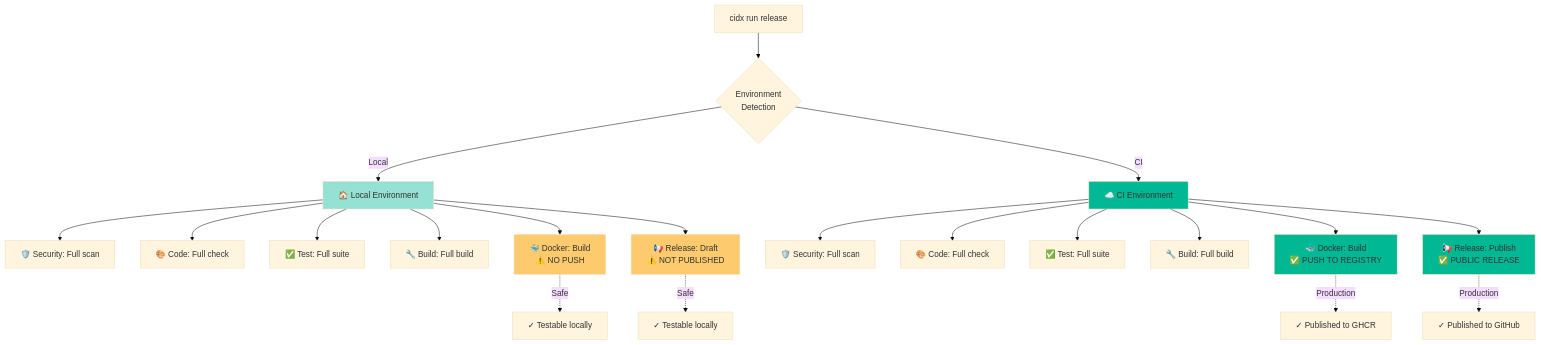
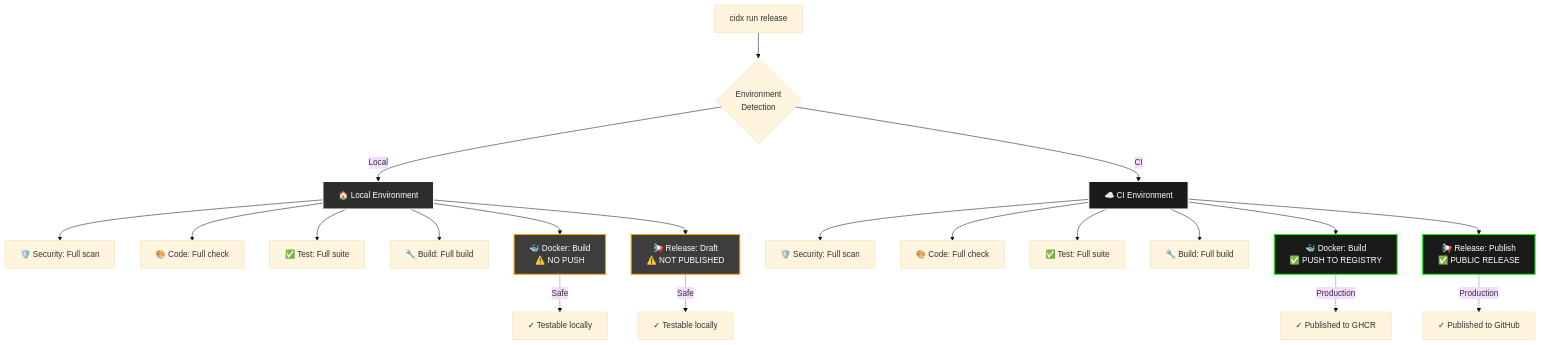
The third of 6 diagrams in docs/devops-integration.md (cidx-org/cidx), drawn with Mermaid (base theme) before and after one commit. The commit also changed other lines of this file and 20 other files, not shown here.

````diff
--- a/docs/devops-integration.md
+++ b/docs/devops-integration.md
@@ -80,36 +147,36 @@
 ```mermaid
 flowchart TB
     CMD[cidx run release]
-    DETECT{Environment\nDetection}
+    DETECT{"Environment<br/>Detection"}
 
     CMD --> DETECT
 
     DETECT -->|Local| LOCAL_MODE[🏠 Local Environment]
     DETECT -->|CI| CI_MODE[☁️ CI Environment]
 
-    LOCAL_MODE --> SEC_LOCAL[🛡️ Security: Full scan]
-    LOCAL_MODE --> CODE_LOCAL[🎨 Code: Full check]
-    LOCAL_MODE --> TEST_LOCAL[✅ Test: Full suite]
-    LOCAL_MODE --> BUILD_LOCAL[🔧 Build: Full build]
-    LOCAL_MODE --> DOCKER_LOCAL[🐳 Docker: Build\n⚠️ NO PUSH]
-    LOCAL_MODE --> RELEASE_LOCAL[📢 Release: Draft\n⚠️ NOT PUBLISHED]
+    LOCAL_MODE --> SEC_LOCAL["🛡️ Security: Full scan"]
+    LOCAL_MODE --> CODE_LOCAL["🎨 Code: Full check"]
+    LOCAL_MODE --> TEST_LOCAL["✅ Test: Full suite"]
+    LOCAL_MODE --> BUILD_LOCAL["🔧 Build: Full build"]
+    LOCAL_MODE --> DOCKER_LOCAL["🐳 Docker: Build<br/>⚠️ NO PUSH"]
+    LOCAL_MODE --> RELEASE_LOCAL["📢 Release: Draft<br/>⚠️ NOT PUBLISHED"]
 
-    CI_MODE --> SEC_CI[🛡️ Security: Full scan]
-    CI_MODE --> CODE_CI[🎨 Code: Full check]
-    CI_MODE --> TEST_CI[✅ Test: Full suite]
-    CI_MODE --> BUILD_CI[🔧 Build: Full build]
-    CI_MODE --> DOCKER_CI[🐳 Docker: Build\n✅ PUSH TO REGISTRY]
-    CI_MODE --> RELEASE_CI[📢 Release: Publish\n✅ PUBLIC RELEASE]
+    CI_MODE --> SEC_CI["🛡️ Security: Full scan"]
+    CI_MODE --> CODE_CI["🎨 Code: Full check"]
+    CI_MODE --> TEST_CI["✅ Test: Full suite"]
+    CI_MODE --> BUILD_CI["🔧 Build: Full build"]
+    CI_MODE --> DOCKER_CI["🐳 Docker: Build<br/>✅ PUSH TO REGISTRY"]
+    CI_MODE --> RELEASE_CI["📢 Release: Publish<br/>✅ PUBLIC RELEASE"]
 
-    DOCKER_LOCAL -.->|Safe| DRAFT1[✓ Testable locally]
-    RELEASE_LOCAL -.->|Safe| DRAFT2[✓ Testable locally]
-    DOCKER_CI -.->|Production| PROD1[✓ Published to GHCR]
-    RELEASE_CI -.->|Production| PROD2[✓ Published to GitHub]
+    DOCKER_LOCAL -.->|Safe| DRAFT1["✓ Testable locally"]
+    RELEASE_LOCAL -.->|Safe| DRAFT2["✓ Testable locally"]
+    DOCKER_CI -.->|Production| PROD1["✓ Published to GHCR"]
+    RELEASE_CI -.->|Production| PROD2["✓ Published to GitHub"]
 
-    style LOCAL_MODE fill:#95e1d3
-    style CI_MODE fill:#00b894
-    style DOCKER_LOCAL fill:#fdcb6e
-    style RELEASE_LOCAL fill:#fdcb6e
-    style DOCKER_CI fill:#00b894
-    style RELEASE_CI fill:#00b894
+    style LOCAL_MODE fill:#2d2d2d,stroke:#fff,stroke-width:2px,color:#fff
+    style CI_MODE fill:#1a1a1a,stroke:#fff,stroke-width:2px,color:#fff
+    style DOCKER_LOCAL fill:#3d3d3d,stroke:#ffa500,stroke-width:2px,color:#fff
+    style RELEASE_LOCAL fill:#3d3d3d,stroke:#ffa500,stroke-width:2px,color:#fff
+    style DOCKER_CI fill:#1a1a1a,stroke:#00ff00,stroke-width:2px,color:#fff
+    style RELEASE_CI fill:#1a1a1a,stroke:#00ff00,stroke-width:2px,color:#fff
 ```
````
